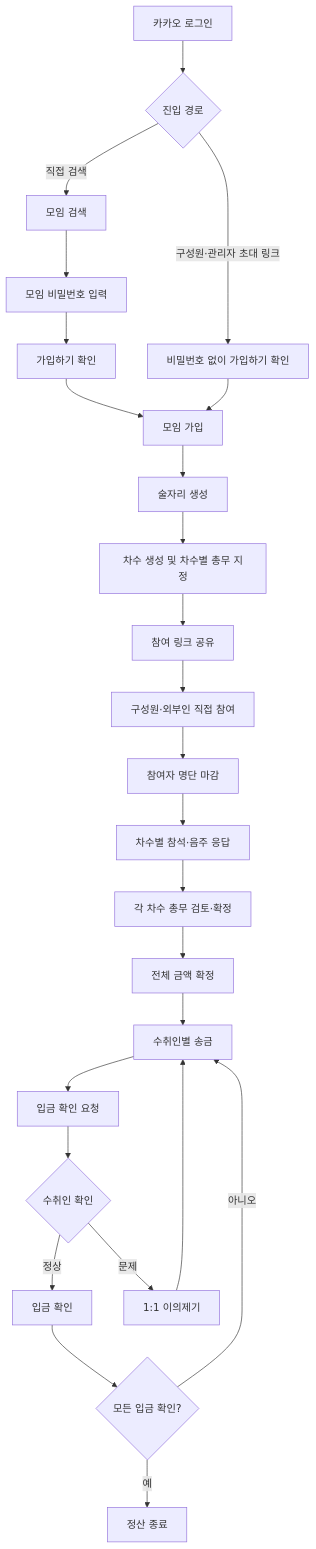
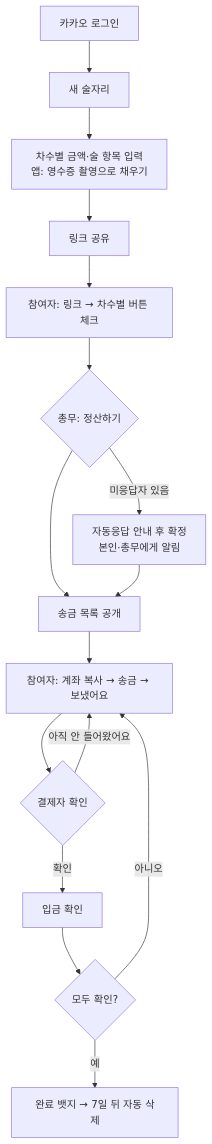
The first of 3 diagrams in docs/REQUIREMENTS.md (owencity/jungsan_attack), drawn with Mermaid before and after one commit. The commit also changed other lines of this file and 13 other files, not shown here.

````diff
--- a/docs/REQUIREMENTS.md
+++ b/docs/REQUIREMENTS.md
@@ -181,27 +125,18 @@
 ```mermaid
 flowchart TD
-    A[카카오 로그인] --> B{진입 경로}
-    B -->|직접 검색| C[모임 검색]
-    C --> D[모임 비밀번호 입력]
-    D --> E[가입하기 확인]
-    B -->|구성원·관리자 초대 링크| F[비밀번호 없이 가입하기 확인]
-    E --> G[모임 가입]
-    F --> G
-    G --> H[술자리 생성]
-    H --> I[차수 생성 및 차수별 총무 지정]
-    I --> J[참여 링크 공유]
-    J --> K[구성원·외부인 직접 참여]
-    K --> L[참여자 명단 마감]
-    L --> M[차수별 참석·음주 응답]
-    M --> N[각 차수 총무 검토·확정]
-    N --> O[전체 금액 확정]
-    O --> P[수취인별 송금]
-    P --> Q[입금 확인 요청]
-    Q --> R{수취인 확인}
-    R -->|정상| S[입금 확인]
-    R -->|문제| T[1:1 이의제기]
-    T --> P
-    S --> U{모든 입금 확인?}
-    U -->|아니오| P
-    U -->|예| V[정산 종료]
+    A[카카오 로그인] --> B[새 술자리]
+    B --> C[차수별 금액·술 항목 입력<br/>앱: 영수증 촬영으로 채우기]
+    C --> D[링크 공유]
+    D --> E[참여자: 링크 → 차수별 버튼 체크]
+    E --> F{총무: 정산하기}
+    F -->|미응답자 있음| G[자동응답 안내 후 확정<br/>본인·총무에게 알림]
+    F --> H[송금 목록 공개]
+    G --> H
+    H --> I[참여자: 계좌 복사 → 송금 → 보냈어요]
+    I --> J{결제자 확인}
+    J -->|확인| K[입금 확인]
+    J -->|아직 안 들어왔어요| I
+    K --> L{모두 확인?}
+    L -->|아니오| I
+    L -->|예| M[완료 뱃지 → 7일 뒤 자동 삭제]
 ```
````
